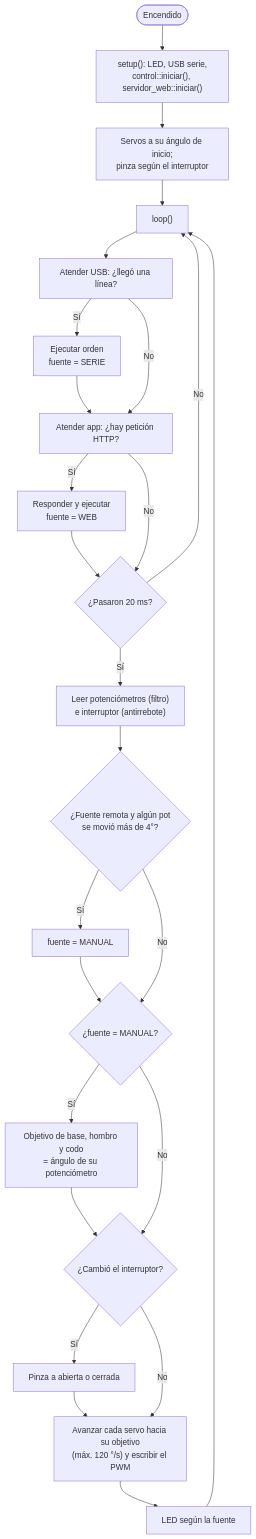
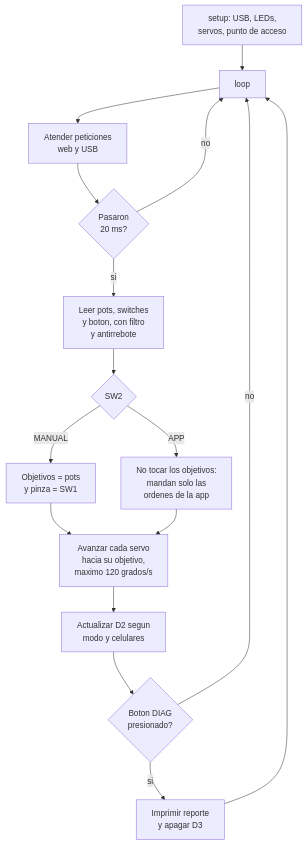
One commit to sebastiux/portafolio-just-the-docs changed the third of 3 diagrams in brazos/03-electronica-programacion.md. Above: the diagram before and after it, drawn with Mermaid. The commit also changed other lines of this file and 4 other files, not shown here.

````diff
--- a/brazos/03-electronica-programacion.md
+++ b/brazos/03-electronica-programacion.md
@@ -316,21 +380,18 @@
 ```mermaid
 flowchart TD
-  A([Encendido]) --> B["setup(): LED, USB serie,<br/>control::iniciar(), servidor_web::iniciar()"]
-  B --> B1["Servos a su ángulo de inicio;<br/>pinza según el interruptor"]
-  B1 --> C["loop()"]
-  C --> D["Atender USB: ¿llegó una línea?"]
-  D -- Sí --> D1["Ejecutar orden<br/>fuente = SERIE"] --> E
-  D -- No --> E["Atender app: ¿hay petición HTTP?"]
-  E -- Sí --> E1["Responder y ejecutar<br/>fuente = WEB"] --> F
-  E -- No --> F{"¿Pasaron 20 ms?"}
-  F -- No --> C
-  F -- Sí --> G["Leer potenciómetros (filtro)<br/>e interruptor (antirrebote)"]
-  G --> H{"¿Fuente remota y algún pot<br/>se movió más de 4°?"}
-  H -- Sí --> H1["fuente = MANUAL"] --> I
-  H -- No --> I{"¿fuente = MANUAL?"}
-  I -- Sí --> I1["Objetivo de base, hombro y codo<br/>= ángulo de su potenciómetro"] --> J
-  I -- No --> J{"¿Cambió el interruptor?"}
-  J -- Sí --> J1["Pinza a abierta o cerrada"] --> K
-  J -- No --> K["Avanzar cada servo hacia su objetivo<br/>(máx. 120 °/s) y escribir el PWM"]
-  K --> L["LED según la fuente"] --> C
+  A["setup: USB, LEDs,<br/>servos, punto de acceso"] --> B["loop"]
+  B --> C["Atender peticiones<br/>web y USB"]
+  C --> D{"Pasaron<br/>20 ms?"}
+  D -- "no" --> B
+  D -- "si" --> E["Leer pots, switches<br/>y boton, con filtro<br/>y antirrebote"]
+  E --> F{"SW2"}
+  F -- "MANUAL" --> G["Objetivos = pots<br/>y pinza = SW1"]
+  F -- "APP" --> H["No tocar los objetivos:<br/>mandan solo las<br/>ordenes de la app"]
+  G --> I["Avanzar cada servo<br/>hacia su objetivo,<br/>maximo 120 grados/s"]
+  H --> I
+  I --> J["Actualizar D2 segun<br/>modo y celulares"]
+  J --> K{"Boton DIAG<br/>presionado?"}
+  K -- "si" --> L["Imprimir reporte<br/>y apagar D3"]
+  K -- "no" --> B
+  L --> B
 ```
````
